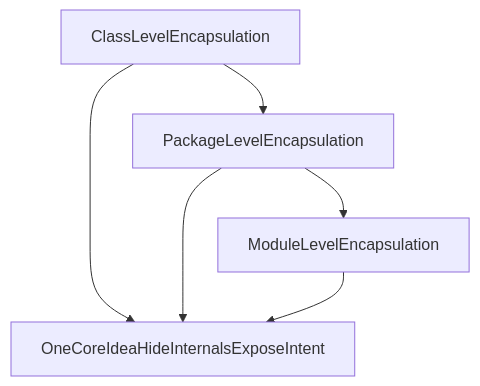
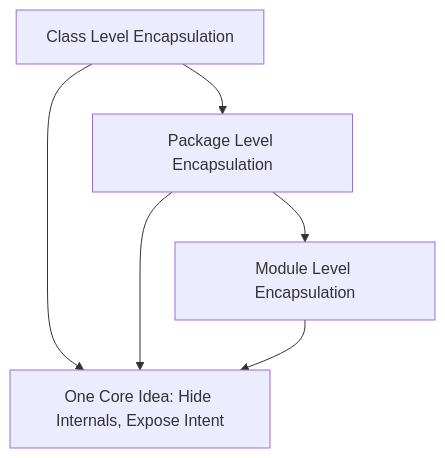
One commit to TroelsMortensen/Codelabs2 changed the diagram in Articles/SDT/Design Principles/Encapsulation/001 Introduction.md. Above: the diagram before and after it, drawn with Mermaid. The commit also changed other lines of this file and 4 other files, not shown here.

````diff
--- a/Articles/SDT/Design Principles/Encapsulation/001 Introduction.md
+++ b/Articles/SDT/Design Principles/Encapsulation/001 Introduction.md
@@ -56,8 +84,8 @@
 ```mermaid
 graph TD
-    classLevel[ClassLevelEncapsulation] --> packageLevel[PackageLevelEncapsulation]
-    packageLevel --> moduleLevel[ModuleLevelEncapsulation]
-    classLevel --> oneIdea[OneCoreIdeaHideInternalsExposeIntent]
+    classLevel[Class Level Encapsulation] --> packageLevel[Package Level Encapsulation]
+    packageLevel --> moduleLevel[Module Level Encapsulation]
+    classLevel --> oneIdea[One Core Idea: Hide Internals, Expose Intent]
     packageLevel --> oneIdea
     moduleLevel --> oneIdea
 ```
````
